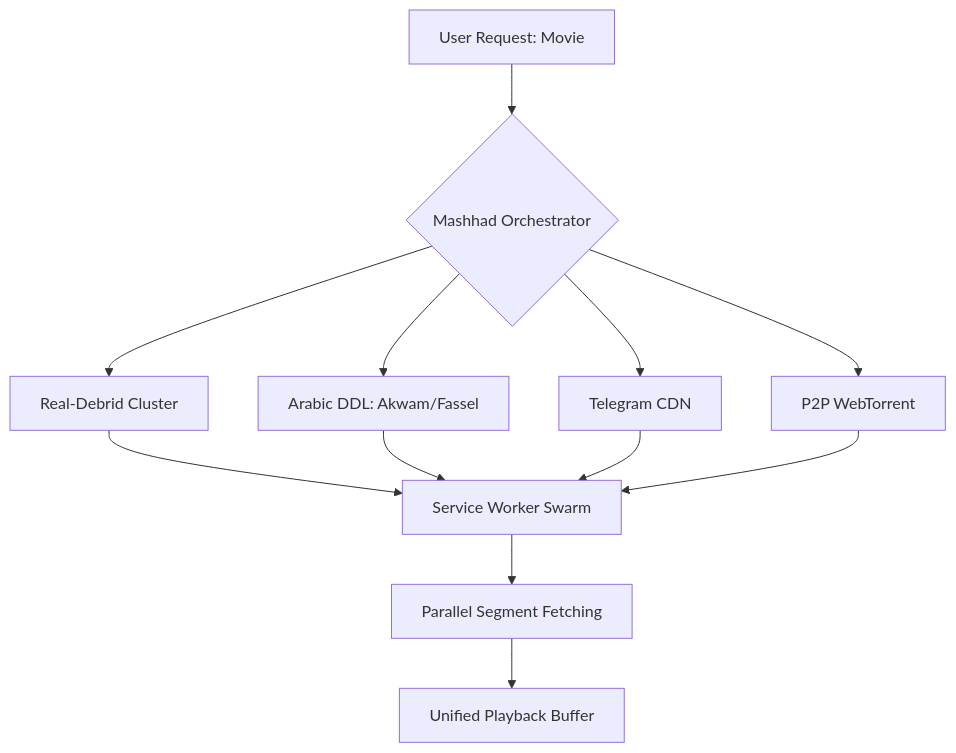
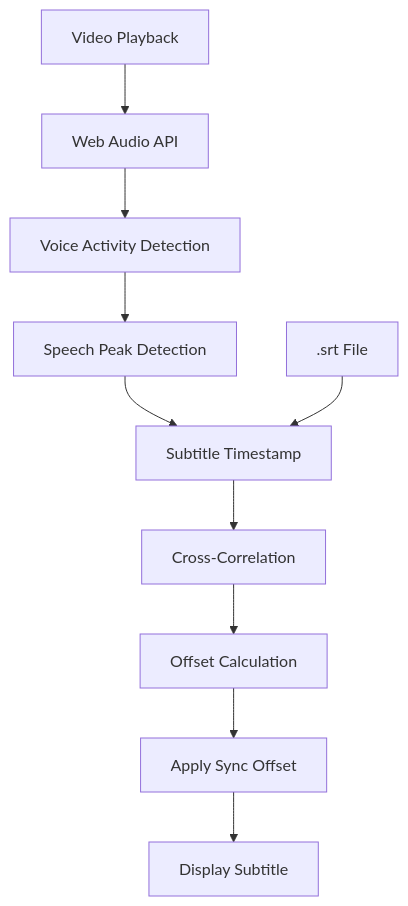
The sixth of 13 diagrams in mashhad-revolution-paper.md (KNIGHTABDO/MASHHAD), drawn with Mermaid before and after one commit. The commit also changed other lines of this file, not shown here.

Commit message:
docs: rewrite revolution paper - 1000+ lines, 13 diagrams, 40+ tables, 6 pillars

````diff
--- a/mashhad-revolution-paper.md
+++ b/mashhad-revolution-paper.md
@@ -23,11 +416,13 @@
 ```mermaid
 graph TD
-    A[User Request: Movie] --> B{Mashhad Orchestrator}
-    B --> C[Real-Debrid Cluster]
-    B --> D[Arabic DDL: Akwam/Fassel]
-    B --> E[Telegram CDN]
-    B --> F[P2P WebTorrent]
-    C & D & E & F --> G[Service Worker Swarm]
-    G --> H[Parallel Segment Fetching]
-    H --> I[Unified Playback Buffer]
+    A[Video Playback] --> B[Web Audio API]
+    B --> C[Voice Activity Detection]
+    C --> D[Speech Peak Detection]
+    D --> E[Subtitle Timestamp]
+    E --> F[Cross-Correlation]
+    F --> G[Offset Calculation]
+    G --> H[Apply Sync Offset]
+    H --> I[Display Subtitle]
+    
+    J[.srt File] --> E
 ```
````
